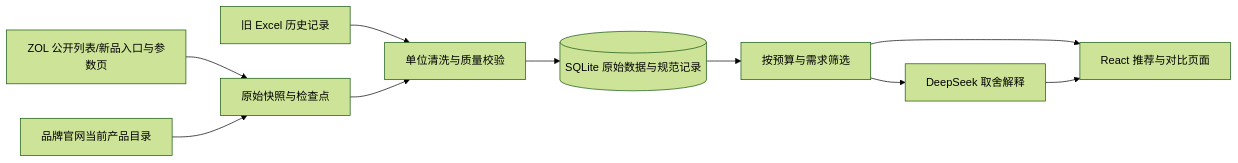
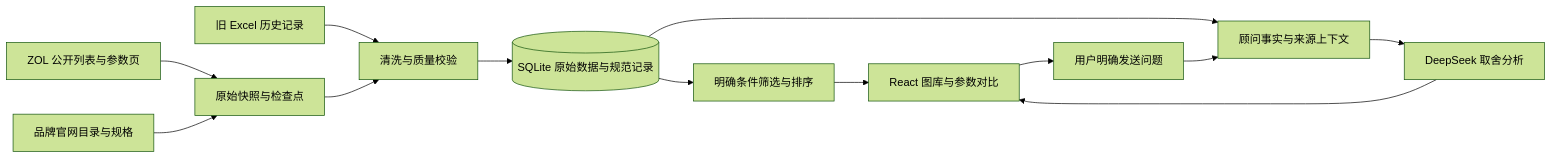
The diagram in docs/ARCHITECTURE.md (Zhong-Ze-Wei/phone_show), drawn with Mermaid (forest theme) before and after one commit. The commit also changed other lines of this file and 34 other files, not shown here.

````diff
--- a/docs/ARCHITECTURE.md
+++ b/docs/ARCHITECTURE.md
@@ -7,12 +9,15 @@
 ```mermaid
 flowchart LR
-    Z[ZOL 公开列表/新品入口与参数页] --> R[原始快照与检查点]
-    O[品牌官网当前产品目录] --> R
-    E[旧 Excel 历史记录] --> C[单位清洗与质量校验]
+    Z[ZOL 公开列表与参数页] --> R[原始快照与检查点]
+    O[品牌官网目录与规格] --> R
+    E[旧 Excel 历史记录] --> C[清洗与质量校验]
     R --> C
     C --> D[(SQLite 原始数据与规范记录)]
-    D --> F[按预算与需求筛选]
-    F --> W[React 推荐与对比页面]
-    F --> A[DeepSeek 取舍解释]
-    A --> W
+    D --> F[明确条件筛选与排序]
+    F --> W[React 图库与参数对比]
+    W --> S[用户明确发送问题]
+    D --> A[顾问事实与来源上下文]
+    S --> A
+    A --> M[DeepSeek 取舍分析]
+    M --> W
 ```
````
